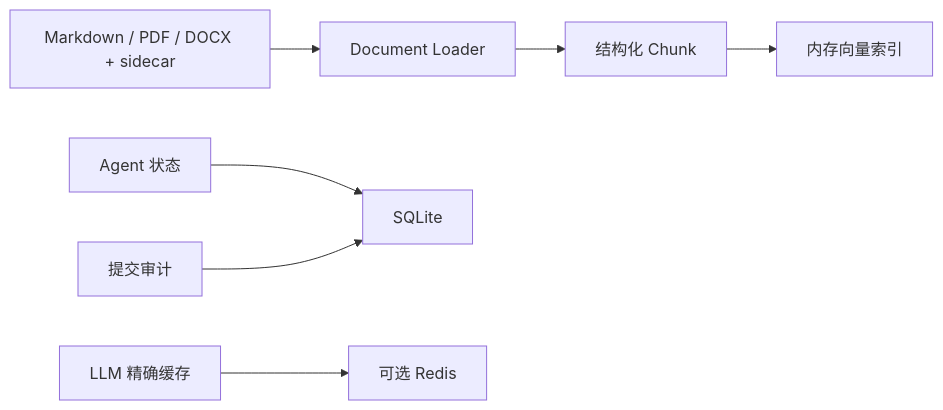
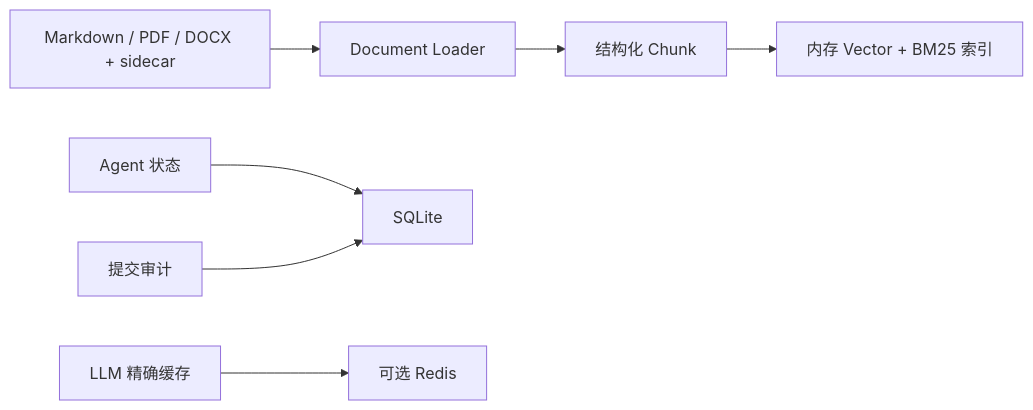
Before and after one commit to greyle12/enterprise-policy-agent: the third of 3 diagrams in docs/system_architecture.md, drawn with Mermaid. The commit also changed other lines of this file and 14 other files, not shown here.

````diff
--- a/docs/system_architecture.md
+++ b/docs/system_architecture.md
@@ -89,9 +89,9 @@
 ```mermaid
 flowchart LR
     Policies["Markdown / PDF / DOCX + sidecar"] --> Loader["Document Loader"]
     Loader --> Chunks["结构化 Chunk"]
-    Chunks --> Index["内存向量索引"]
+    Chunks --> Index["内存 Vector + BM25 索引"]
     AgentState["Agent 状态"] --> SQLite["SQLite"]
     Audit["提交审计"] --> SQLite
     Cache["LLM 精确缓存"] --> Redis["可选 Redis"]
 ```
````
